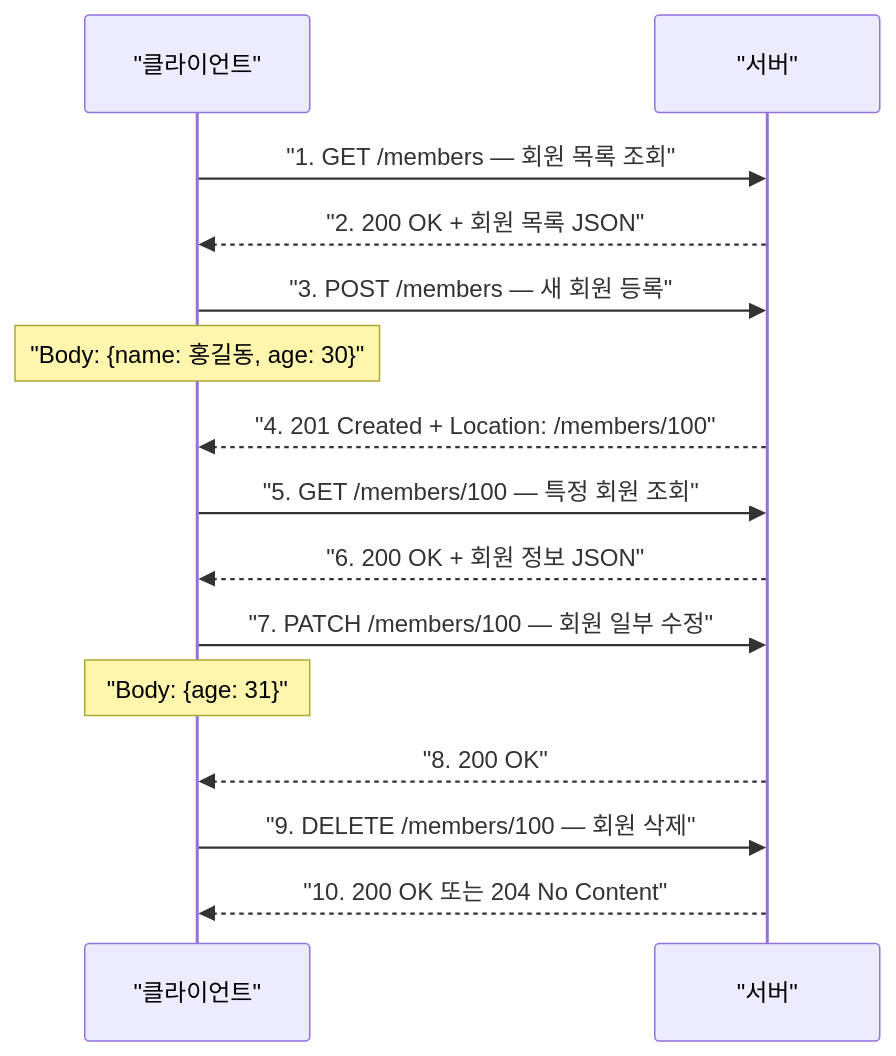
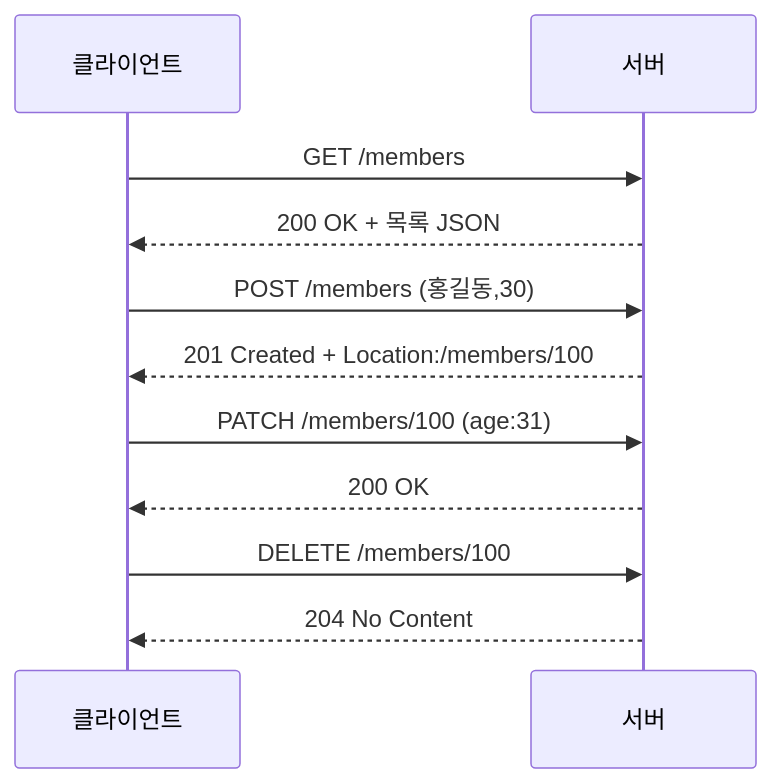
The diagram in _posts/http/2021-01-07-http-3.md (yjkim2015/yjkim2015.github.io), drawn with Mermaid before and after one commit. The commit also changed 215 other files, not shown here.

First line of the commit message:
신규 포스트 10개 추가 + Mermaid 전면 축소 + SystemDesign 시리즈 보강

````diff
--- a/_posts/http/2021-01-07-http-3.md
+++ b/_posts/http/2021-01-07-http-3.md
@@ -56,22 +56,13 @@
 ```mermaid
 sequenceDiagram
-    participant C as "클라이언트"
-    participant S as "서버"
-
-    C->>S: "1. GET /members — 회원 목록 조회"
-    S-->>C: "2. 200 OK + 회원 목록 JSON"
-
-    C->>S: "3. POST /members — 새 회원 등록"
-    Note over C: "Body: {name: 홍길동, age: 30}"
-    S-->>C: "4. 201 Created + Location: /members/100"
-
-    C->>S: "5. GET /members/100 — 특정 회원 조회"
-    S-->>C: "6. 200 OK + 회원 정보 JSON"
-
-    C->>S: "7. PATCH /members/100 — 회원 일부 수정"
-    Note over C: "Body: {age: 31}"
-    S-->>C: "8. 200 OK"
-
-    C->>S: "9. DELETE /members/100 — 회원 삭제"
-    S-->>C: "10. 200 OK 또는 204 No Content"
+    participant C as 클라이언트
+    participant S as 서버
+    C->>S: GET /members
+    S-->>C: 200 OK + 목록 JSON
+    C->>S: POST /members (홍길동,30)
+    S-->>C: 201 Created + Location:/members/100
+    C->>S: PATCH /members/100 (age:31)
+    S-->>C: 200 OK
+    C->>S: DELETE /members/100
+    S-->>C: 204 No Content
 ```
````
